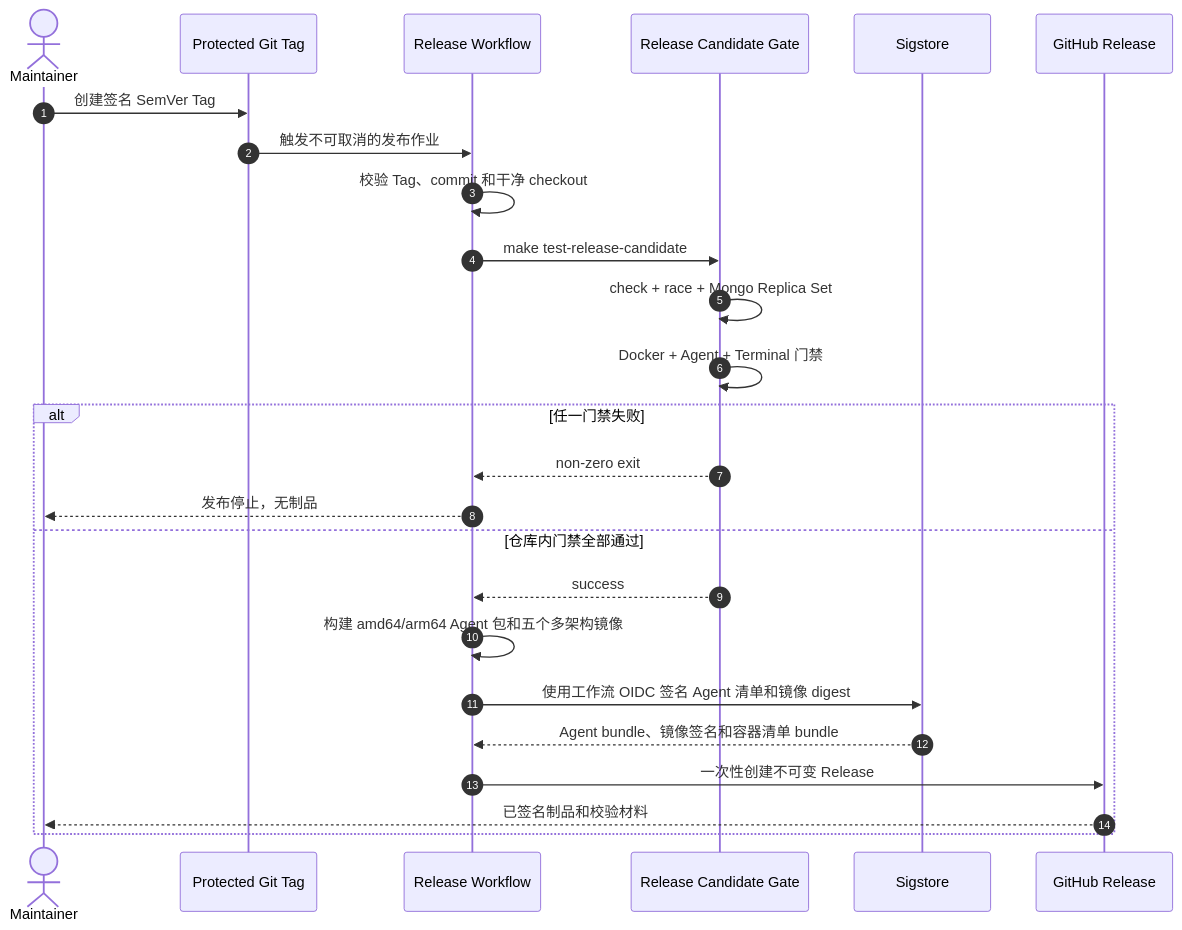
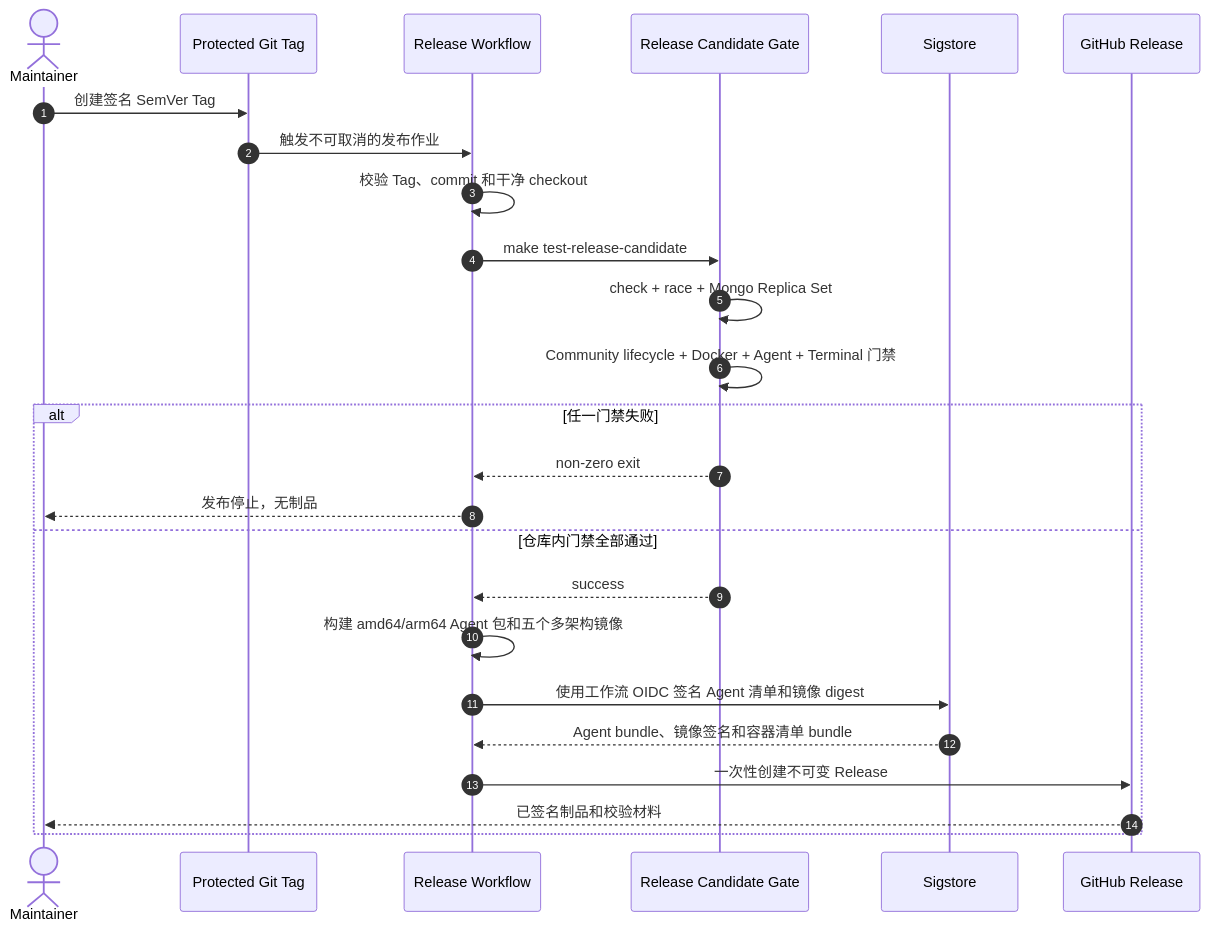
One commit to owndock/owndock changed the diagram in docs/release-readiness.md. Above: the diagram before and after it, drawn with Mermaid. The commit also changed other lines of this file and 11 other files, not shown here.

Commit message:
test: exercise community deployment lifecycle

````diff
--- a/docs/release-readiness.md
+++ b/docs/release-readiness.md
@@ -32,28 +33,28 @@
 ```mermaid
 sequenceDiagram
     autonumber
     actor M as Maintainer
     participant G as Protected Git Tag
     participant CI as Release Workflow
     participant T as Release Candidate Gate
     participant S as Sigstore
     participant R as GitHub Release
 
     M->>G: 创建签名 SemVer Tag
     G->>CI: 触发不可取消的发布作业
     CI->>CI: 校验 Tag、commit 和干净 checkout
     CI->>T: make test-release-candidate
     T->>T: check + race + Mongo Replica Set
-    T->>T: Docker + Agent + Terminal 门禁
+    T->>T: Community lifecycle + Docker + Agent + Terminal 门禁
     alt 任一门禁失败
         T-->>CI: non-zero exit
         CI-->>M: 发布停止，无制品
     else 仓库内门禁全部通过
         T-->>CI: success
         CI->>CI: 构建 amd64/arm64 Agent 包和五个多架构镜像
         CI->>S: 使用工作流 OIDC 签名 Agent 清单和镜像 digest
         S-->>CI: Agent bundle、镜像签名和容器清单 bundle
         CI->>R: 一次性创建不可变 Release
         R-->>M: 已签名制品和校验材料
     end
 ```
````
